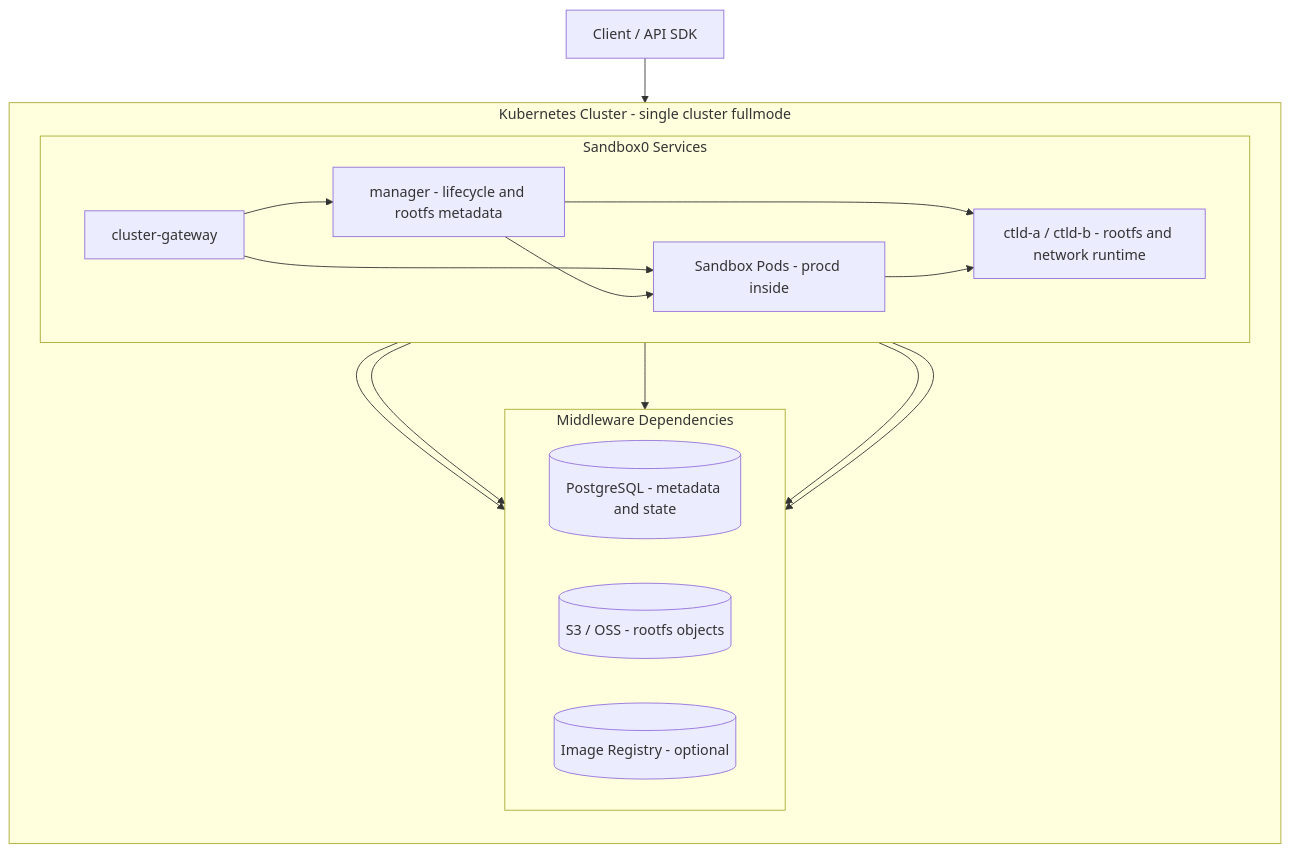
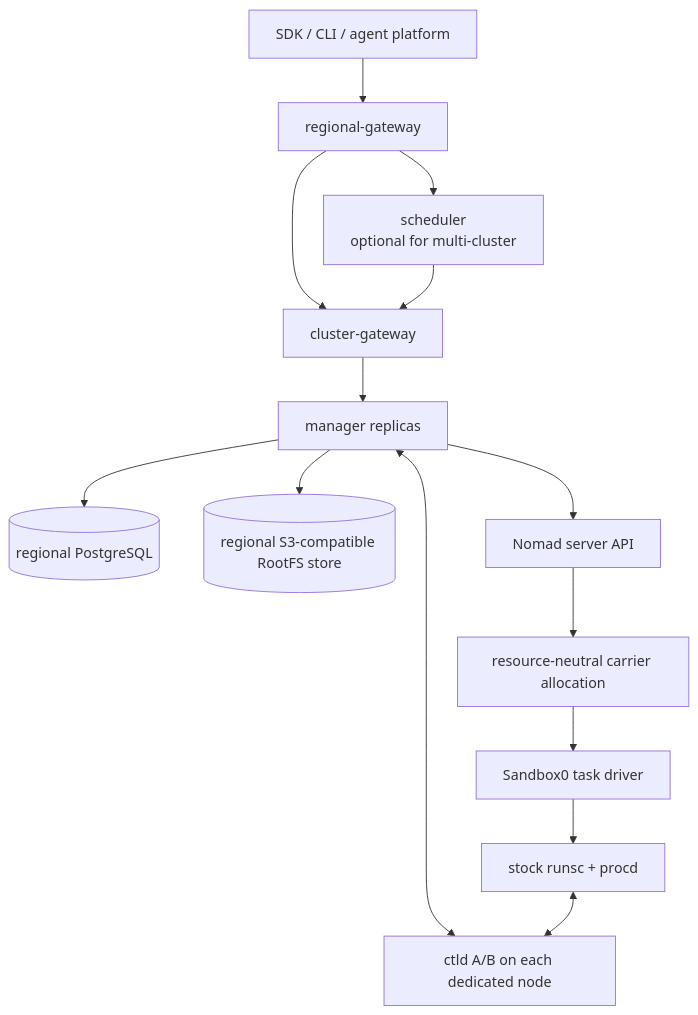
The diagram in docs/self-hosted/page.mdx (sandbox0-ai/sandbox0), drawn with Mermaid before and after one commit. The commit also changed other lines of this file and 876 other files, not shown here.

Commit message:
refactor(runtime): complete Nomad-only block COW cutover

````diff
--- a/docs/self-hosted/page.mdx
+++ b/docs/self-hosted/page.mdx
@@ -30,30 +8,16 @@
 ```mermaid
-flowchart TD
-    client[Client / API SDK] --> igw[cluster-gateway]
-
-    subgraph cluster[Kubernetes Cluster - single cluster fullmode]
-        direction TB
-
-        subgraph s0[Sandbox0 Services]
-            direction LR
-            igw --> mgr[manager - lifecycle and rootfs metadata]
-            igw --> pods[Sandbox Pods - procd inside]
-            mgr --> pods
-            mgr --> ctld[ctld-a / ctld-b - rootfs and network runtime]
-            pods --> ctld
-        end
-
-        subgraph mw[Middleware Dependencies]
-            direction LR
-            pg[(PostgreSQL - metadata and state)]
-            s3[(S3 / OSS - rootfs objects)]
-            reg[(Image Registry - optional)]
-        end
-
-        igw --> pg
-        mgr --> pg
-        mgr --> s3
-        ctld --> s3
-        mgr --> reg
-    end
+flowchart TB
+    client["SDK / CLI / agent platform"] --> regional["regional-gateway"]
+    regional --> scheduler["scheduler<br/>optional for multi-cluster"]
+    regional --> cluster["cluster-gateway"]
+    scheduler --> cluster
+    cluster --> manager["manager replicas"]
+    manager --> pg[("regional PostgreSQL")]
+    manager --> s3[("regional S3-compatible RootFS store")]
+    manager --> nomad["Nomad server API"]
+    manager <--> ctld["ctld A/B on each dedicated node"]
+    nomad --> carrier["resource-neutral carrier allocation"]
+    carrier --> driver["Sandbox0 task driver"]
+    driver --> runsc["stock runsc + procd"]
+    runsc <--> ctld
 ```
````
